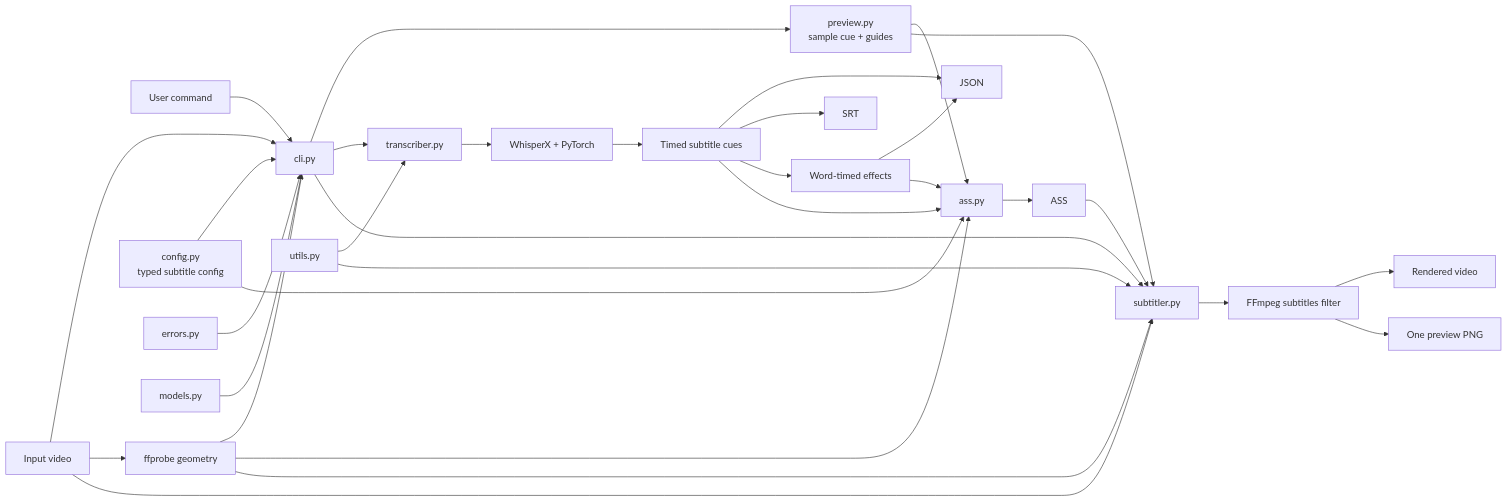
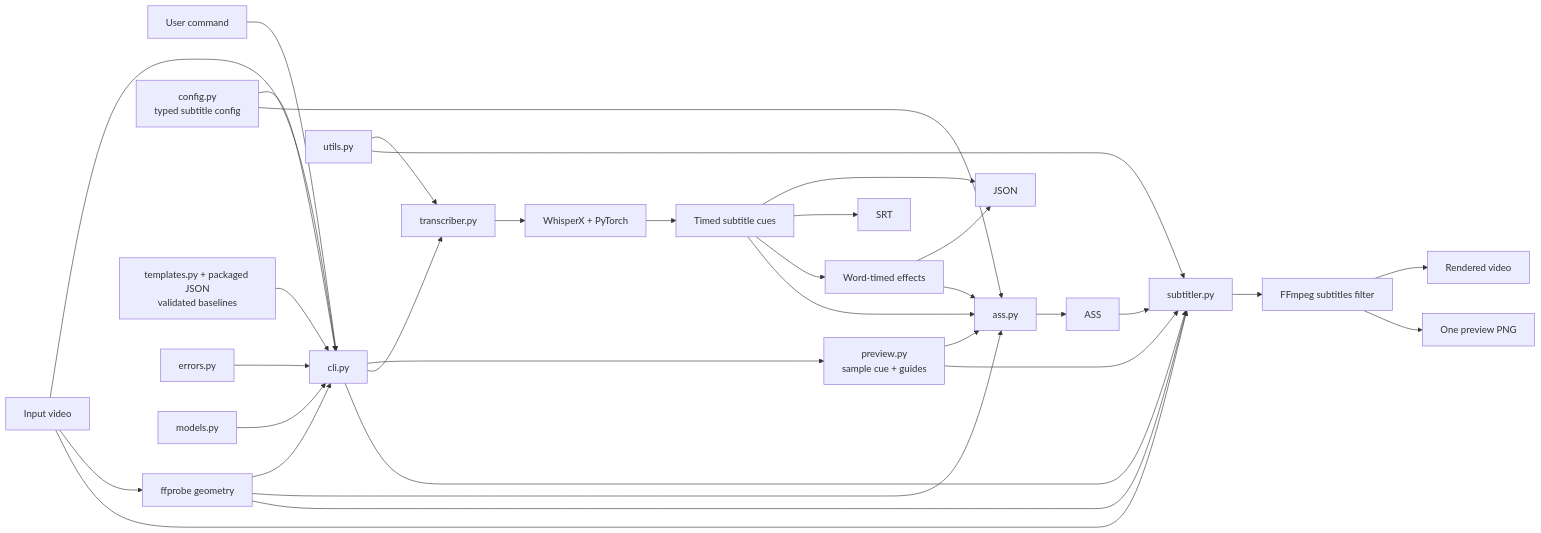
The diagram in docs/architecture.md (denilson-santos/multisubs), drawn with Mermaid before and after one commit. The commit also changed other lines of this file and 6 other files, not shown here.

```diff
--- a/docs/architecture.md
+++ b/docs/architecture.md
@@ -12,34 +12,35 @@
 ~~~mermaid
 flowchart LR
     user[User command] --> cli[cli.py]
     input[Input video] --> cli
     input --> probe[ffprobe geometry]
     probe --> cli
     config[config.py<br/>typed subtitle config] --> cli
+    templates[templates.py + packaged JSON<br/>validated baselines] --> cli
     cli --> preview[preview.py<br/>sample cue + guides]
     cli --> transcriber[transcriber.py]
     transcriber --> whisper[WhisperX + PyTorch]
     whisper --> cues[Timed subtitle cues]
     cues --> json[JSON]
     cues --> srt[SRT]
     cues --> effects[Word-timed effects]
     effects --> json
     effects --> asswriter
     cues --> asswriter[ass.py]
     asswriter --> ass[ASS]
     preview --> asswriter
     config --> asswriter
     probe --> asswriter
     cli --> subtitler[subtitler.py]
     preview --> subtitler
     input --> subtitler
     ass --> subtitler
     probe --> subtitler
     subtitler --> ffmpeg[FFmpeg subtitles filter]
     ffmpeg --> video[Rendered video]
     ffmpeg --> png[One preview PNG]
     utils[utils.py] --> transcriber
     utils --> subtitler
     errors[errors.py] --> cli
     models[models.py] --> cli
 ~~~
```
